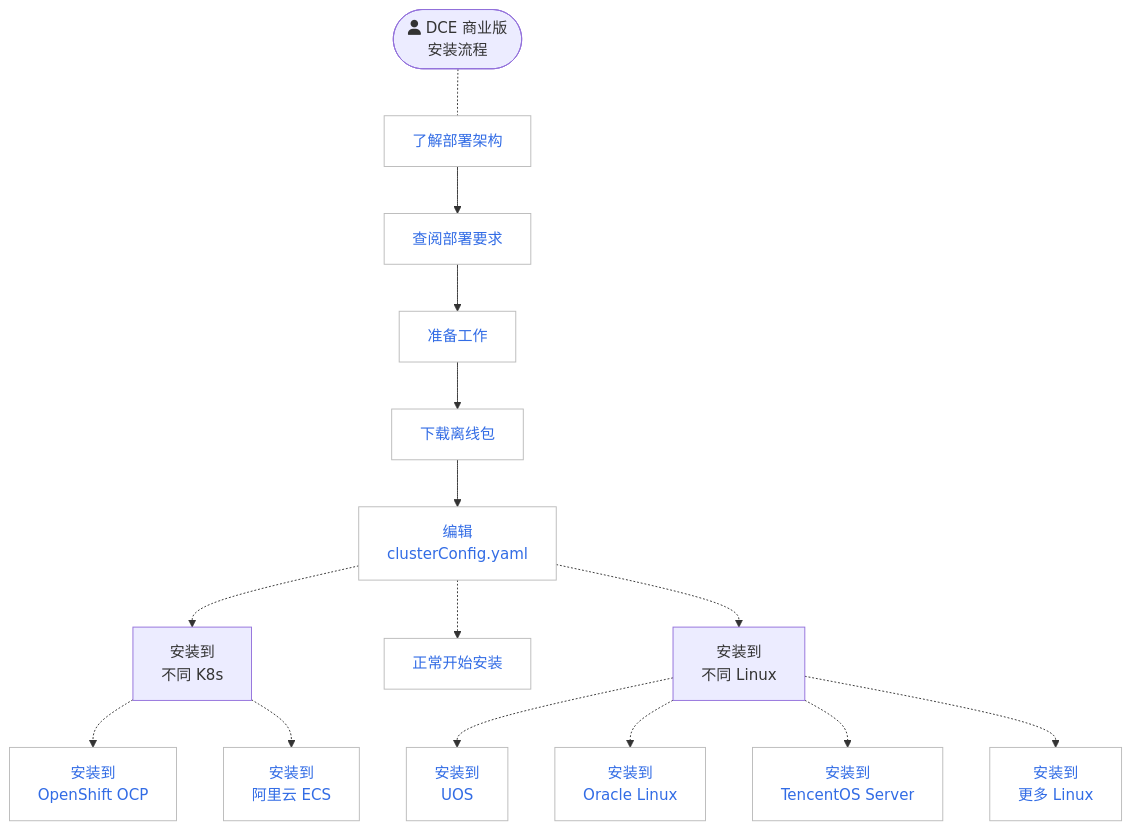
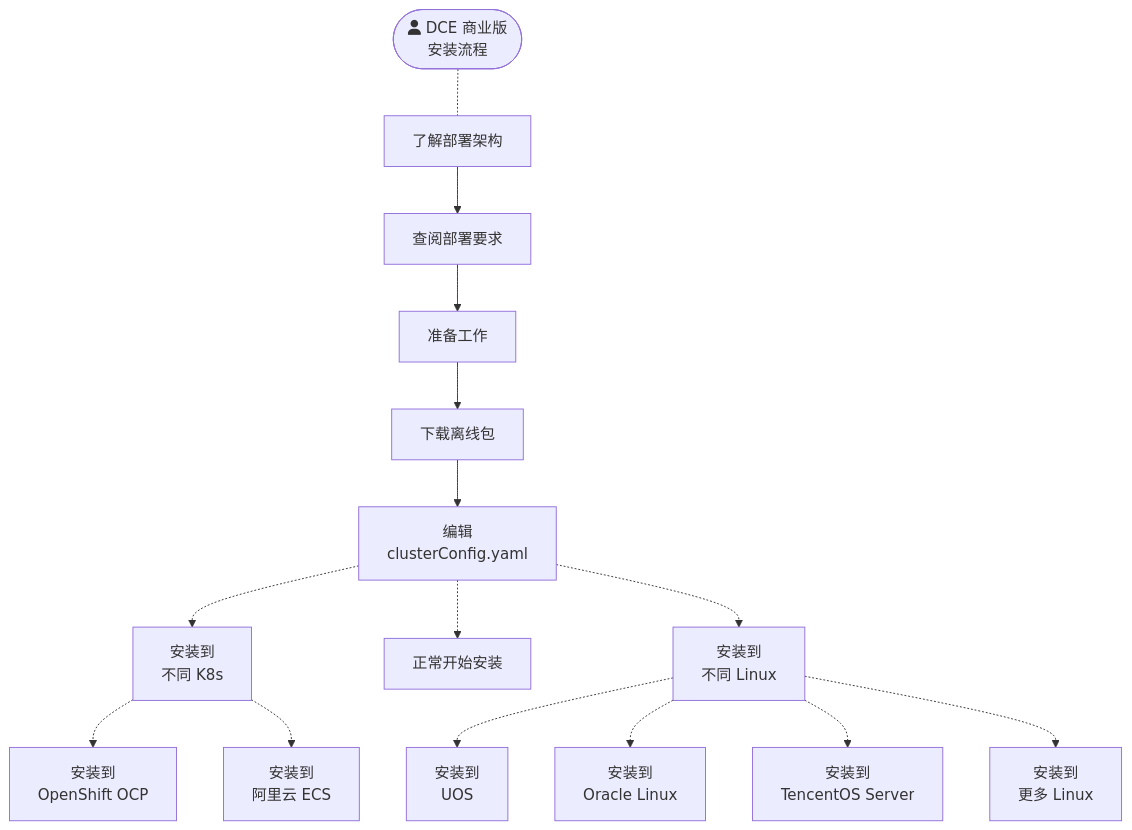
The second of 2 diagrams in docs/zh/docs/install/index.md (DaoCloud/DaoCloud-docs), drawn with Mermaid before and after one commit. The commit also changed other lines of this file and 1 other file, not shown here.

Commit message:
update mermaid on install/index.md (#7554)

````diff
--- a/docs/zh/docs/install/index.md
+++ b/docs/zh/docs/install/index.md
@@ -114,44 +99,34 @@
 ```mermaid
 flowchart TB
 
     start([fa:fa-user DCE 商业版<br>安装流程]) -.- arch[了解部署架构]
     arch --> deploy[查阅部署要求]
     deploy --> prepare[准备工作]
     prepare --> download[下载离线包]
     download --> config[编辑<br>clusterConfig.yaml]
     
     config -.-> other-k8s[安装到<br>不同 K8s]
     config -.-> install[正常开始安装]
     config -.-> other-os[安装到<br>不同 Linux]
 
     other-k8s -.-> ocp[安装到<br>OpenShift OCP]
     other-k8s -.-> ali[安装到<br>阿里云 ECS]
 
     other-os -.-> uos[安装到<br>UOS]
     other-os -.-> oracle[安装到<br>Oracle Linux]
     other-os -.-> tencent[安装到<br>TencentOS Server]
     other-os -.-> other[安装到<br>更多 Linux]
 
-
-classDef grey fill:#dddddd,stroke:#ffffff,stroke-width:1px,color:#000000, font-size:15px;
-classDef white fill:#ffffff,stroke:#000,stroke-width:1px,color:#000,font-weight:bold
-classDef spacewhite fill:#ffffff,stroke:#fff,stroke-width:0px,color:#000
-classDef plain fill:#ddd,stroke:#fff,stroke-width:1px,color:#000;
-classDef k8s fill:#326ce5,stroke:#fff,stroke-width:1px,color:#fff;
-classDef cluster fill:#fff,stroke:#bbb,stroke-width:1px,color:#326ce5;
-
-class arch,deploy,prepare,download,config,install,ocp,ali,uos,oracle,tencent,other cluster
-
 click arch "https://docs.daocloud.io/install/commercial/deploy-arch.html"
 click deploy "https://docs.daocloud.io/install/commercial/deploy-requirements.html"
 click prepare "https://docs.daocloud.io/install/commercial/prepare.html"
 click download "https://docs.daocloud.io/install/commercial/start-install.html#1"
 click config "https://docs.daocloud.io/install/commercial/start-install.html#2-clusterconfigyaml"
 click install "https://docs.daocloud.io/install/commercial/start-install.html#3"
 click ocp "https://docs.daocloud.io/install/k8s-install/ocp-install-dce5.0.html"
 click ali "https://docs.daocloud.io/install/k8s-install/ecs-install-dce5.0.html"
 click uos "https://docs.daocloud.io/install/os-install/uos-v20-install-dce5.0.html"
 click oracle "https://docs.daocloud.io/install/os-install/oracleLinux-install-dce5.0.html"
 click tencent "https://docs.daocloud.io/install/os-install/TencentOS-install-dce5.0.html"
 click other "https://docs.daocloud.io/install/os-install/otherlinux.html"
 ```
````
